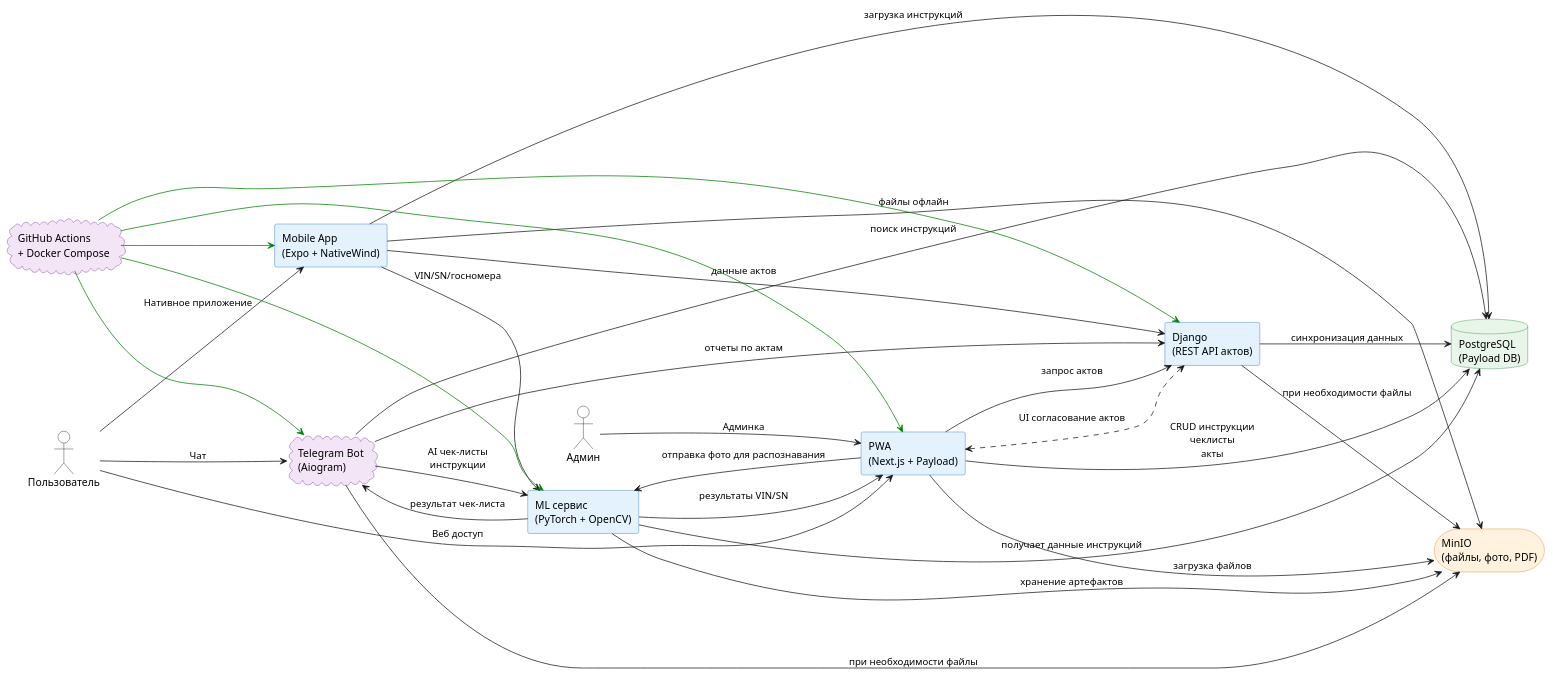
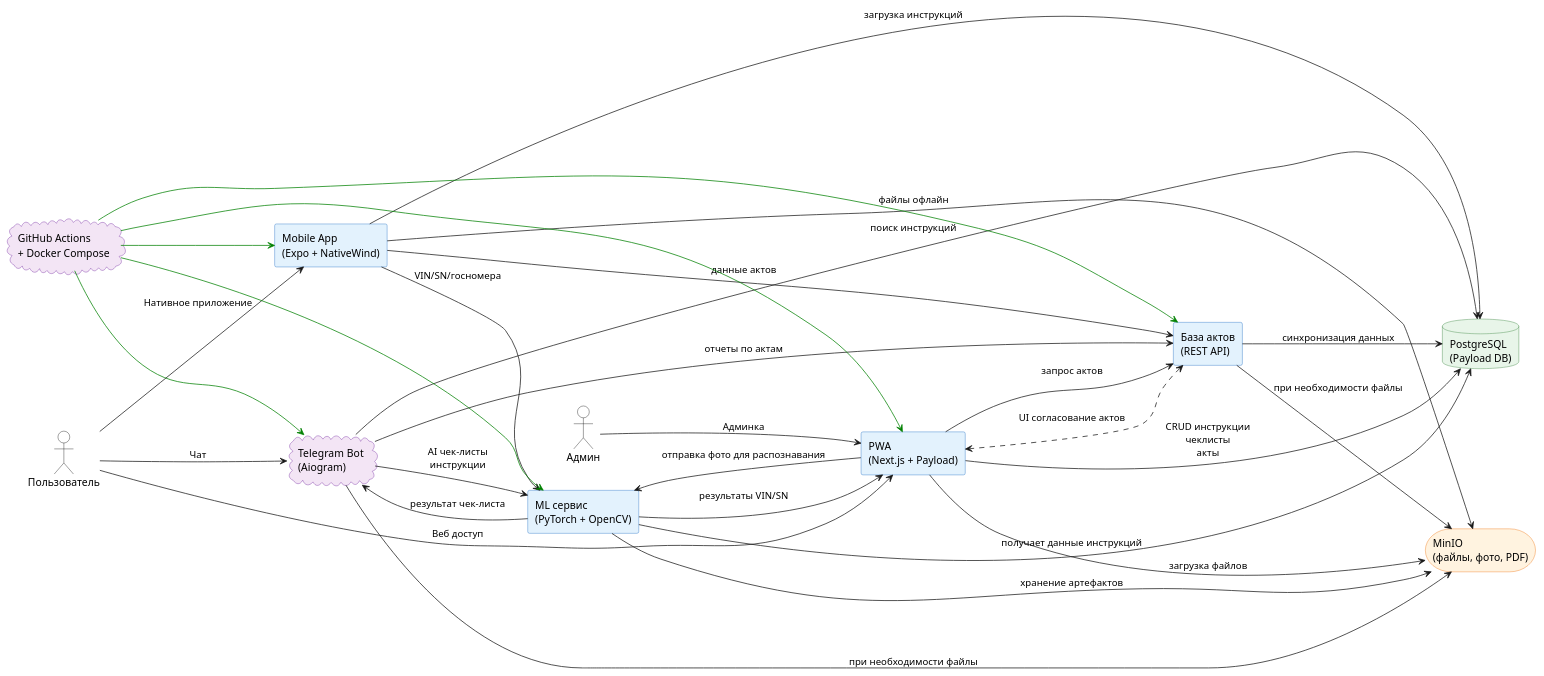
One commit to IvanovDkLACCTV/knowledgebase changed the diagram in LACCTV-knowledge-base/LA-Knowladgebase/Архитектура UML 07-07-2025.md. Above: the diagram before and after it, drawn with PlantUML. The commit also changed other lines of this file, not shown here.

Commit message:
vault backup: 2025-07-07 12:49:18

````diff
--- a/LACCTV-knowledge-base/LA-Knowladgebase/Архитектура UML 07-07-2025.md
+++ b/LACCTV-knowledge-base/LA-Knowladgebase/Архитектура UML 07-07-2025.md
@@ -1,84 +1,84 @@
 ```plantuml
 @startuml
 left to right direction
 skinparam rectangle {
     BackgroundColor #e3f2fd
     BorderColor #1565c0
 }
 skinparam cloud {
     BackgroundColor #f3e5f5
     BorderColor #6a1b9a
 }
 skinparam database {
     BackgroundColor #e8f5e9
     BorderColor #2e7d32
 }
 skinparam storage {
     BackgroundColor #fff3e0
     BorderColor #ef6c00
 }
 skinparam actor {
     BackgroundColor #ffffff
     BorderColor black
 }
 
 actor Пользователь
 actor Админ
 
 cloud "Telegram Bot\n(Aiogram)" as Telegram
 rectangle "PWA\n(Next.js + Payload)" as PWA
 rectangle "Mobile App\n(Expo + NativeWind)" as Expo
 rectangle "ML сервис\n(PyTorch + OpenCV)" as ML
-rectangle "Django\n(REST API актов)" as Django
+rectangle "База актов\n(REST API)" as Django
 
 database "PostgreSQL\n(Payload DB)" as Postgres
 storage "MinIO\n(файлы, фото, PDF)" as MinIO
 
 cloud "GitHub Actions\n+ Docker Compose" as DevOps
 
 ' USERS
 Пользователь --> PWA : Веб доступ
 Пользователь --> Telegram : Чат
 Пользователь --> Expo : Нативное приложение
 Админ --> PWA : Админка
 
 ' PWA
 PWA --> Postgres : CRUD инструкции\nчеклисты\nакты
 PWA --> MinIO : загрузка файлов
 PWA --> ML : отправка фото для распознавания
 PWA --> Django : запрос актов
 
 ' Telegram
 Telegram --> Postgres : поиск инструкций
 Telegram --> Django : отчеты по актам
 Telegram --> ML : AI чек-листы\nинструкции
 ML --> Telegram : результат чек-листа
 Telegram --> MinIO : при необходимости файлы
 
 ' Mobile App
 Expo --> Postgres : загрузка инструкций
 Expo --> MinIO : файлы офлайн
 Expo --> ML : VIN/SN/госномера
 Expo --> Django : данные актов
 
 ' ML сервис
 ML --> Postgres : получает данные инструкций
 ML --> MinIO : хранение артефактов
 ML --> PWA : результаты VIN/SN
 
 ' Django
 Django --> Postgres : синхронизация данных
 Django --> MinIO : при необходимости файлы
 Django <..> PWA : UI согласование актов
 
 ' DevOps
 DevOps -[#green]-> PWA
 DevOps -[#green]-> Telegram
 DevOps -[#green]-> Expo
 DevOps -[#green]-> ML
 DevOps -[#green]-> Django
 
 @enduml
 
 
 ```
````
